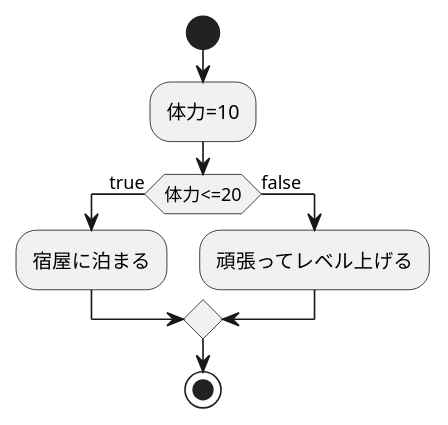
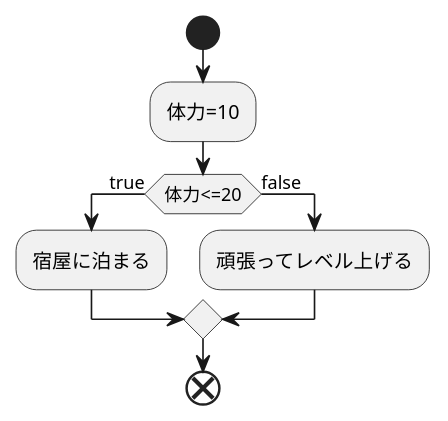
The diagram in kadai1.md (Aso2001163/2021sys-design-2), drawn with PlantUML before and after one commit.

````diff
--- a/kadai1.md
+++ b/kadai1.md
@@ -1,13 +1,13 @@
 ```uml
 @startuml
 start
 :体力=10;
 if(体力<=20) then(true)
 :宿屋に泊まる;
 else (false)
 :頑張ってレベル上げる;
 endif
 
-stop
+end
 @enduml
 ```
````
